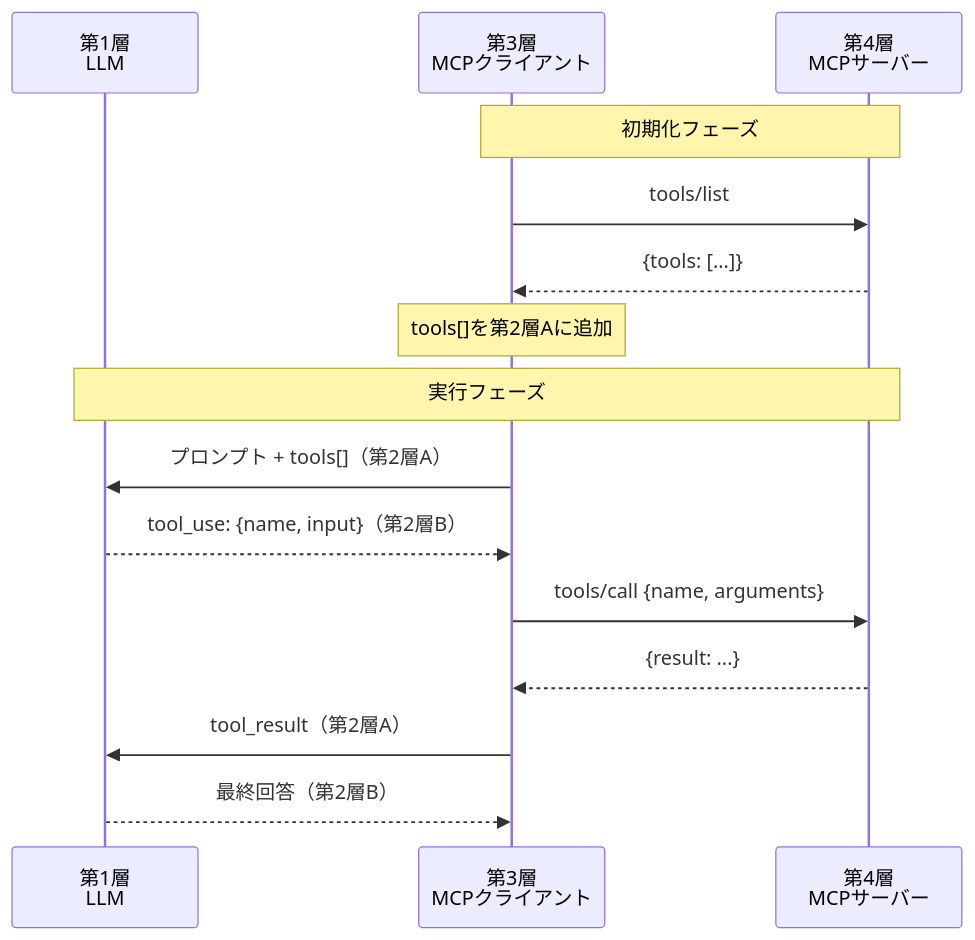
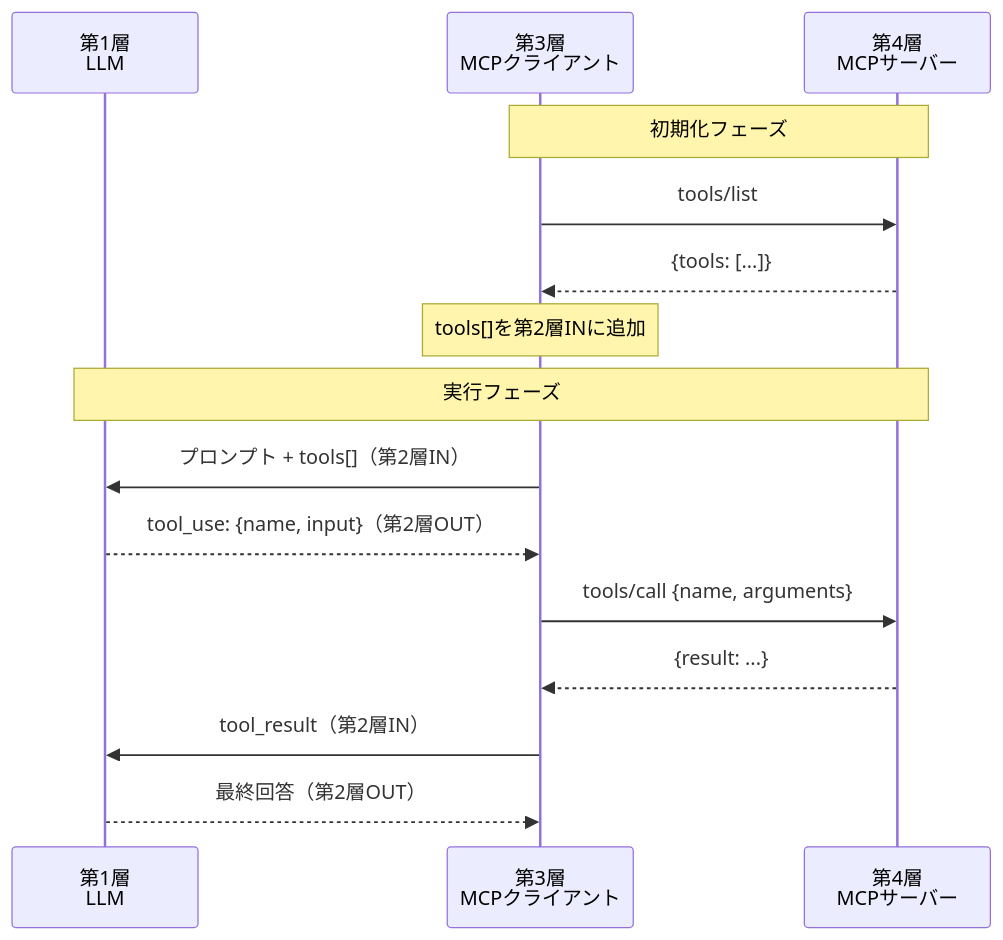
One commit to fsitlab/zenn changed the third of 4 diagrams in books/ai-agent-layered-map/04-0-external-tools.md. Above: the diagram before and after it, drawn with Mermaid. The commit also changed other lines of this file and 12 other files, not shown here.

````diff
--- a/books/ai-agent-layered-map/04-0-external-tools.md
+++ b/books/ai-agent-layered-map/04-0-external-tools.md
@@ -297,19 +297,19 @@
 ```mermaid
 sequenceDiagram
     participant LLM as 第1層<br/>LLM
     participant App as 第3層<br/>MCPクライアント
     participant MCP as 第4層<br/>MCPサーバー
 
     Note over App,MCP: 初期化フェーズ
     App->>MCP: tools/list
     MCP-->>App: {tools: [...]}
-    Note over App: tools[]を第2層Aに追加
+    Note over App: tools[]を第2層INに追加
 
     Note over LLM,MCP: 実行フェーズ
-    App->>LLM: プロンプト + tools[]（第2層A）
-    LLM-->>App: tool_use: {name, input}（第2層B）
+    App->>LLM: プロンプト + tools[]（第2層IN）
+    LLM-->>App: tool_use: {name, input}（第2層OUT）
     App->>MCP: tools/call {name, arguments}
     MCP-->>App: {result: ...}
-    App->>LLM: tool_result（第2層A）
-    LLM-->>App: 最終回答（第2層B）
+    App->>LLM: tool_result（第2層IN）
+    LLM-->>App: 最終回答（第2層OUT）
 ```
````
